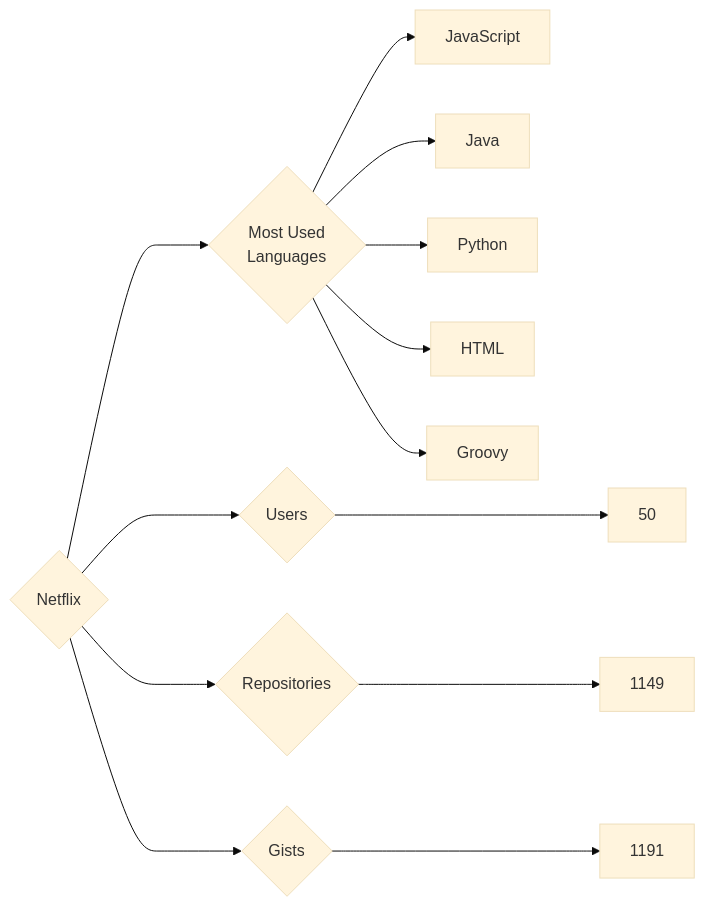
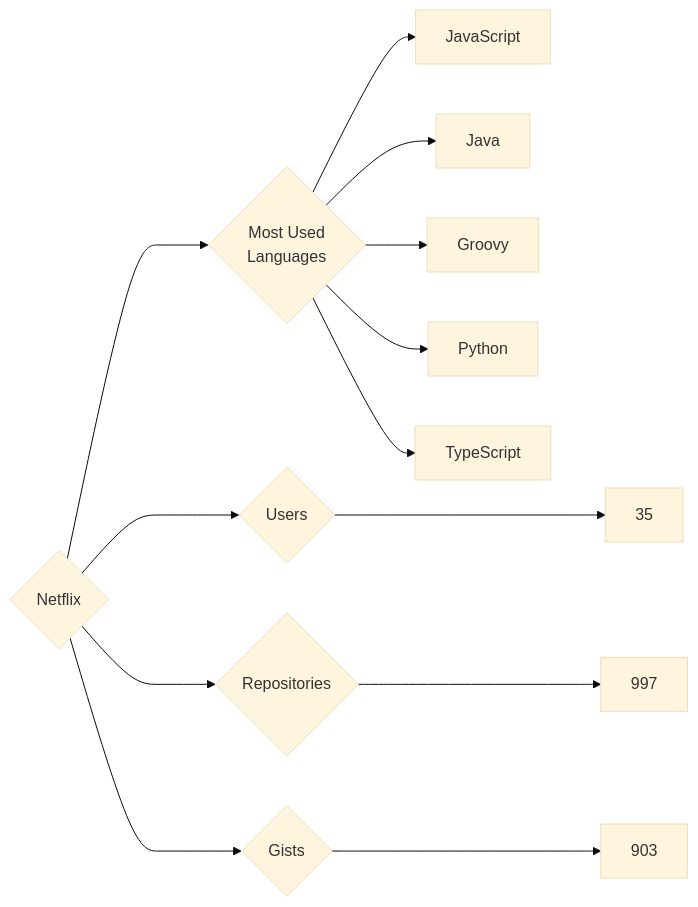
Before and after one commit to trickest/insiders: the diagram in targets/Netflix/README.md, drawn with Mermaid (base theme). The commit also changed 851 other files, not shown here.

````diff
--- a/targets/Netflix/README.md
+++ b/targets/Netflix/README.md
@@ -3,13 +3,13 @@
 ```mermaid
 graph LR
 COMPANY_NAME{Netflix}
-COMPANY_NAME ---> U{Users} ---> UN[50]
-COMPANY_NAME ---> R{Repositories} ---> RN[1149]
-COMPANY_NAME ---> G{Gists} ---> GN[1191]
+COMPANY_NAME ---> U{Users} ---> UN[35]
+COMPANY_NAME ---> R{Repositories} ---> RN[997]
+COMPANY_NAME ---> G{Gists} ---> GN[903]
 COMPANY_NAME ---> ML{Most Used<br>Languages}
 ML --> JavaScript[JavaScript]
 ML --> Java[Java]
+ML --> Groovy[Groovy]
 ML --> Python[Python]
-ML --> HTML[HTML]
-ML --> Groovy[Groovy]
+ML --> TypeScript[TypeScript]
 ```
````
